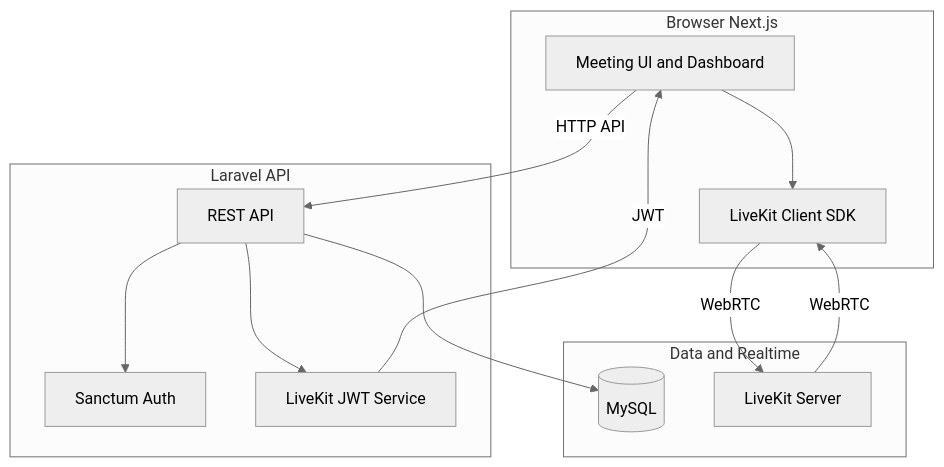
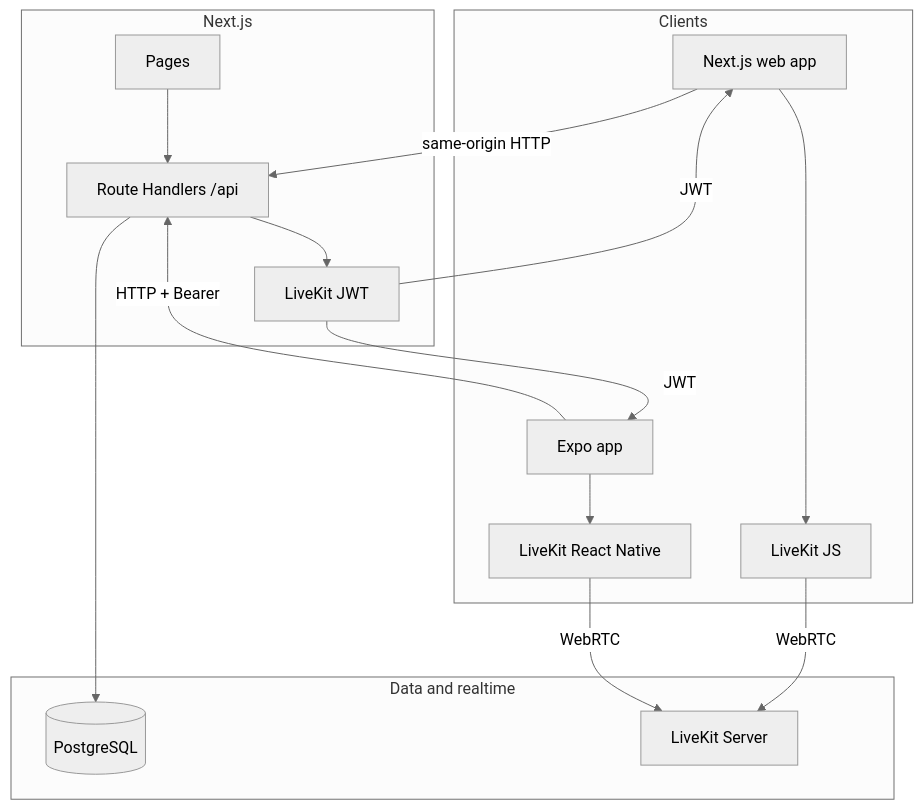
Before and after one commit to GhayoorAli/meetme: the first of 2 diagrams in README.md, drawn with Mermaid (neutral theme). The commit also changed other lines of this file and 246 other files, not shown here.

````diff
--- a/README.md
+++ b/README.md
@@ -39,27 +41,32 @@
 ```mermaid
 graph TB
-    subgraph client ["Browser Next.js"]
-        UI["Meeting UI and Dashboard"]
-        LK["LiveKit Client SDK"]
-        UI --> LK
+    subgraph clients ["Clients"]
+        Web["Next.js web app"]
+        Mobile["Expo app"]
+        LKWeb["LiveKit JS"]
+        LKMobile["LiveKit React Native"]
+        Web --> LKWeb
+        Mobile --> LKMobile
     end
 
-    subgraph backend ["Laravel API"]
-        API["REST API"]
-        Auth["Sanctum Auth"]
-        Token["LiveKit JWT Service"]
-        API --> Auth
+    subgraph next ["Next.js"]
+        UI["Pages"]
+        API["Route Handlers /api"]
+        Token["LiveKit JWT"]
+        UI --> API
         API --> Token
     end
 
-    subgraph data ["Data and Realtime"]
-        DB[(MySQL)]
+    subgraph data ["Data and realtime"]
+        DB[(PostgreSQL)]
         LKS["LiveKit Server"]
     end
 
-    UI -->|"HTTP API"| API
+    Web -->|"same-origin HTTP"| API
+    Mobile -->|"HTTP + Bearer"| API
     API --> DB
-    Token -->|"JWT"| UI
-    LK -->|"WebRTC"| LKS
-    LKS -->|"WebRTC"| LK
+    Token -->|"JWT"| Web
+    Token -->|"JWT"| Mobile
+    LKWeb -->|"WebRTC"| LKS
+    LKMobile -->|"WebRTC"| LKS
 ```
````
